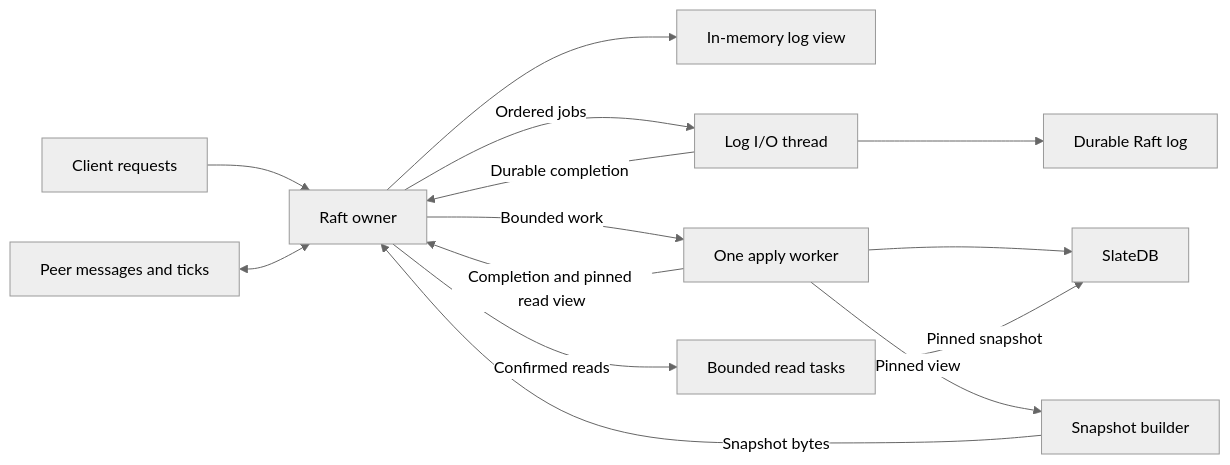
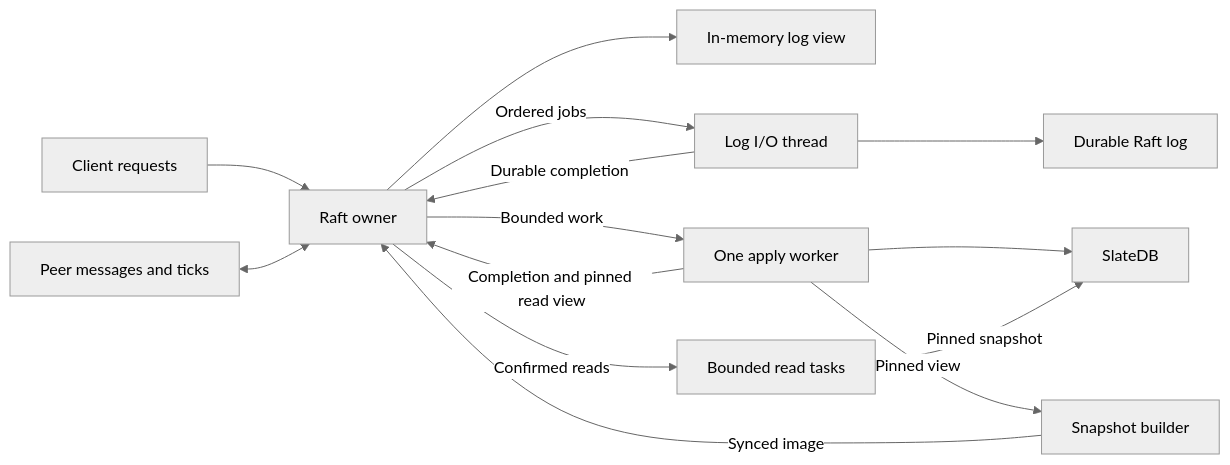
Before and after one commit to siddontang/slatedb-etcd: the second of 2 diagrams in docs/architecture.md, drawn with Mermaid (neutral theme). The commit also changed other lines of this file and 15 other files, not shown here.

````diff
--- a/docs/architecture.md
+++ b/docs/architecture.md
@@ -148,16 +150,16 @@
 ```mermaid
 flowchart LR
     RPC[Client requests] --> Raft[Raft owner]
     Peers[Peer messages and ticks] <--> Raft
     Raft --> Cache[In-memory log view]
     Raft -->|Ordered jobs| IO[Log I/O thread]
     IO --> Log[Durable Raft log]
     IO -->|Durable completion| Raft
     Raft -->|Bounded work| Apply[One apply worker]
     Apply --> DB[SlateDB]
     Apply -->|Completion and pinned read view| Raft
     Raft -->|Confirmed reads| Reads[Bounded read tasks]
     Reads -->|Pinned snapshot| DB
     Apply -->|Pinned view| Builder[Snapshot builder]
-    Builder -->|Snapshot bytes| Raft
+    Builder -->|Synced image| Raft
 ```
````
